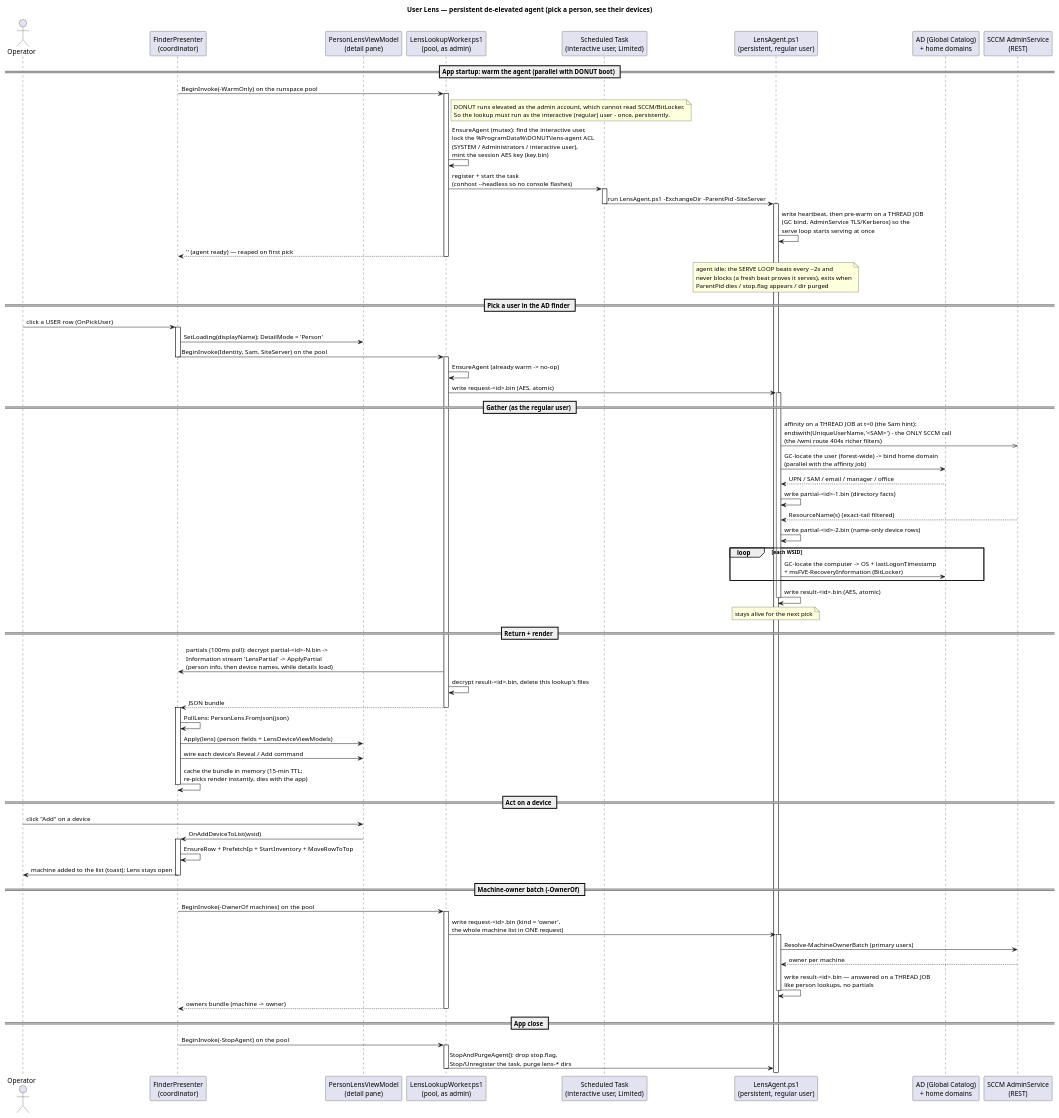
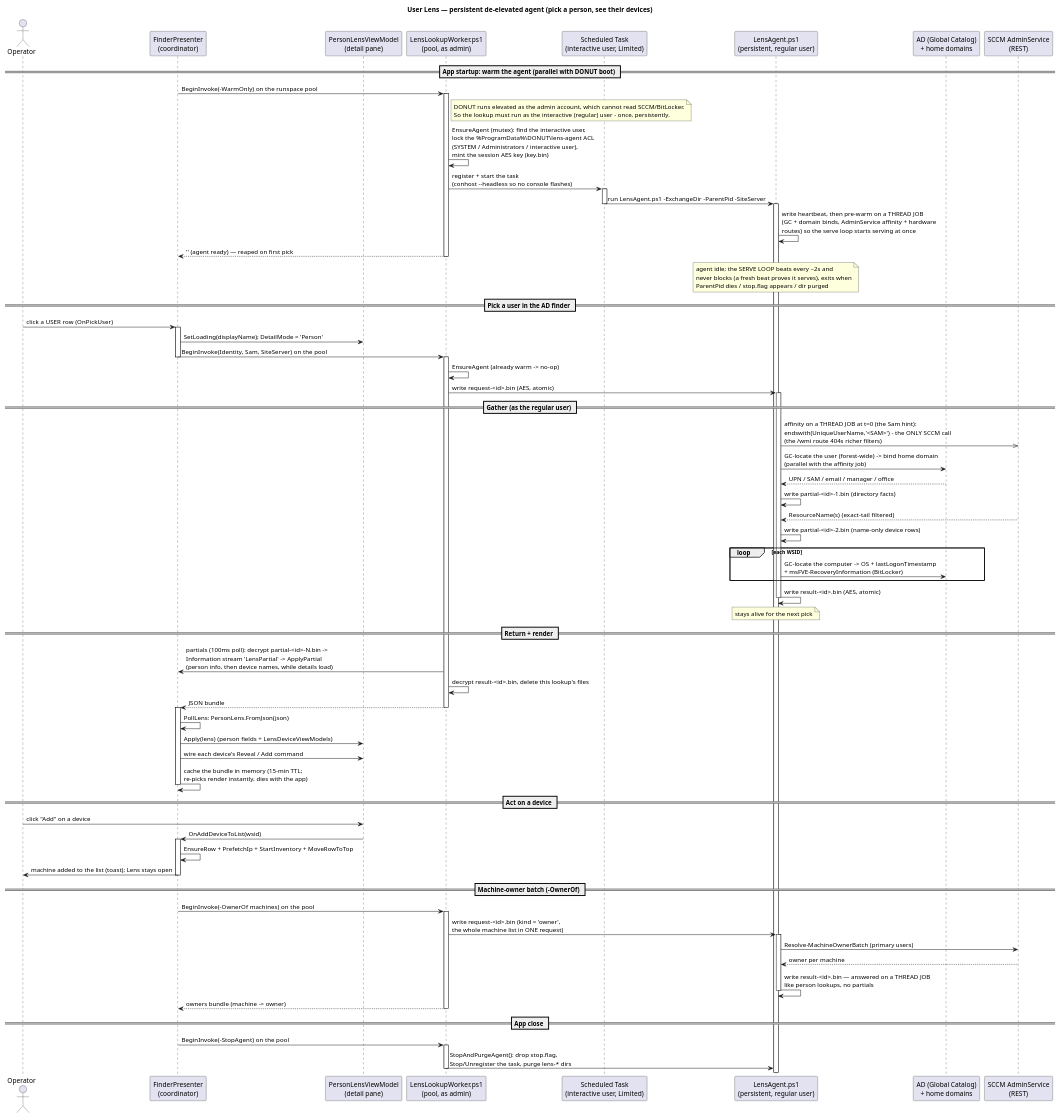
The diagram in docs/diagrams/lens_lookup_sequence_diagram.puml (Danial-Changez/DONUT), drawn with PlantUML before and after one commit. The commit also changed 2 other files, not shown here.

Commit message:
feat: the warm now reaches the home domain and the hardware route

```diff
--- a/docs/diagrams/lens_lookup_sequence_diagram.puml
+++ b/docs/diagrams/lens_lookup_sequence_diagram.puml
@@ -1,93 +1,93 @@
 @startuml lens_lookup_sequence_diagram
 title User Lens — persistent de-elevated agent (pick a person, see their devices)
 
 actor Operator as OP
 participant "FinderPresenter\n(coordinator)" as P
 participant "PersonLensViewModel\n(detail pane)" as VM
 participant "LensLookupWorker.ps1\n(pool, as admin)" as PW
 participant "Scheduled Task\n(interactive user, Limited)" as TASK
 participant "LensAgent.ps1\n(persistent, regular user)" as AG
 participant "AD (Global Catalog)\n+ home domains" as AD
 participant "SCCM AdminService\n(REST)" as SCCM
 
 == App startup: warm the agent (parallel with DONUT boot) ==
 P -> PW : BeginInvoke(-WarmOnly)  on the runspace pool
 activate PW
 note right of PW
   DONUT runs elevated as the admin account, which cannot read SCCM/BitLocker.
   So the lookup must run as the interactive (regular) user - once, persistently.
 end note
 PW -> PW : EnsureAgent (mutex): find the interactive user,\nlock the %ProgramData%\\DONUT\\lens-agent ACL\n(SYSTEM / Administrators / interactive user),\nmint the session AES key (key.bin)
 PW -> TASK : register + start the task\n(conhost --headless so no console flashes)
 activate TASK
 TASK -> AG : run LensAgent.ps1 -ExchangeDir -ParentPid -SiteServer
 deactivate TASK
 activate AG
-AG -> AG : write heartbeat, then pre-warm on a THREAD JOB\n(GC bind, AdminService TLS/Kerberos) so the\nserve loop starts serving at once
+AG -> AG : write heartbeat, then pre-warm on a THREAD JOB\n(GC + domain binds, AdminService affinity + hardware\nroutes) so the serve loop starts serving at once
 PW --> P : '' (agent ready) — reaped on first pick
 deactivate PW
 note over AG : agent idle; the SERVE LOOP beats every ~2s and\nnever blocks (a fresh beat proves it serves), exits when\nParentPid dies / stop.flag appears / dir purged
 
 == Pick a user in the AD finder ==
 OP -> P : click a USER row  (OnPickUser)
 activate P
 P -> VM : SetLoading(displayName); DetailMode = 'Person'
 P -> PW : BeginInvoke(Identity, Sam, SiteServer)  on the pool
 deactivate P
 activate PW
 PW -> PW : EnsureAgent (already warm -> no-op)
 PW -> AG : write request-<id>.bin (AES, atomic)
 activate AG
 
 == Gather (as the regular user) ==
 AG ->> SCCM : affinity on a THREAD JOB at t=0 (the Sam hint):\nendswith(UniqueUserName,'<SAM>') - the ONLY SCCM call\n(the /wmi route 404s richer filters)
 AG -> AD : GC-locate the user (forest-wide) -> bind home domain\n(parallel with the affinity job)
 AD --> AG : UPN / SAM / email / manager / office
 AG -> AG : write partial-<id>-1.bin (directory facts)
 SCCM --> AG : ResourceName(s)  (exact-tail filtered)
 AG -> AG : write partial-<id>-2.bin (name-only device rows)
 loop each WSID
   AG -> AD : GC-locate the computer -> OS + lastLogonTimestamp\n+ msFVE-RecoveryInformation (BitLocker)
 end
 AG -> AG : write result-<id>.bin (AES, atomic)
 deactivate AG
 note over AG : stays alive for the next pick
 
 == Return + render ==
 PW -> P : partials (100ms poll): decrypt partial-<id>-N.bin ->\nInformation stream 'LensPartial' -> ApplyPartial\n(person info, then device names, while details load)
 PW -> PW : decrypt result-<id>.bin, delete this lookup's files
 PW --> P : JSON bundle
 deactivate PW
 activate P
 P -> P : PollLens: PersonLens.FromJson(json)
 P -> VM : Apply(lens)  (person fields + LensDeviceViewModels)
 P -> VM : wire each device's Reveal / Add command
 P -> P : cache the bundle in memory (15-min TTL;\nre-picks render instantly, dies with the app)
 deactivate P
 
 == Act on a device ==
 OP -> VM : click "Add" on a device
 VM -> P : OnAddDeviceToList(wsid)
 activate P
 P -> P : EnsureRow + PrefetchIp + StartInventory + MoveRowToTop
 P -> OP : machine added to the list (toast); Lens stays open
 deactivate P
 
 == Machine-owner batch (-OwnerOf) ==
 P -> PW : BeginInvoke(-OwnerOf machines)  on the pool
 activate PW
 PW -> AG : write request-<id>.bin (kind = 'owner',\nthe whole machine list in ONE request)
 activate AG
 AG -> SCCM : Resolve-MachineOwnerBatch (primary users)
 SCCM --> AG : owner per machine
 AG -> AG : write result-<id>.bin — answered on a THREAD JOB\nlike person lookups, no partials
 deactivate AG
 PW --> P : owners bundle (machine -> owner)
 deactivate PW
 
 == App close ==
 P -> PW : BeginInvoke(-StopAgent)  on the pool
 activate PW
 PW -> AG : StopAndPurgeAgent(): drop stop.flag,\nStop/Unregister the task, purge lens-* dirs
 deactivate PW
 @enduml
```
